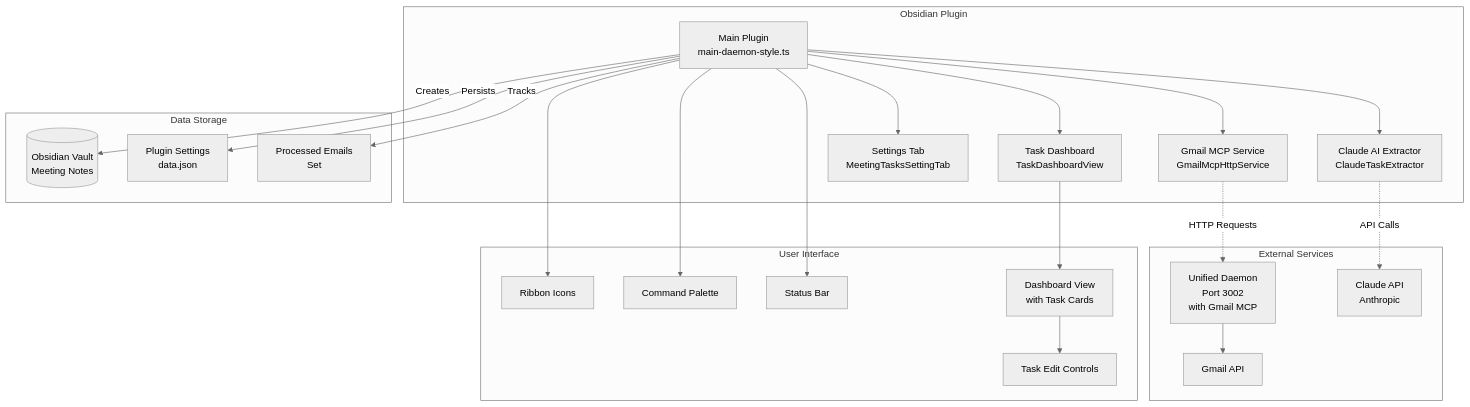
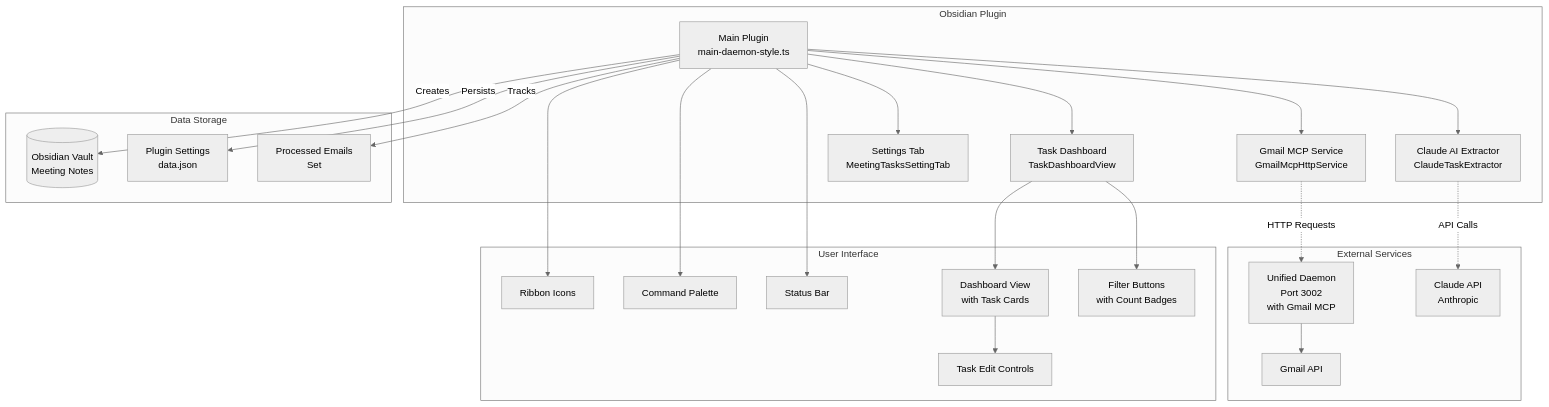
Before and after one commit to jimallen/TasksAgent: the first of 2 diagrams in obsidian-plugin/docs/system-architecture.md, drawn with Mermaid (neutral theme). The commit also changed other lines of this file and 12 other files, not shown here.

First line of the commit message:
feat(obsidian-plugin): add filter button count badges and remove redundant stats cards

````diff
--- a/obsidian-plugin/docs/system-architecture.md
+++ b/obsidian-plugin/docs/system-architecture.md
@@ -9,40 +9,42 @@
 ```mermaid
 graph TB
     subgraph "Obsidian Plugin"
         A[Main Plugin<br/>main-daemon-style.ts] --> B[Gmail MCP Service<br/>GmailMcpHttpService]
         A --> C[Claude AI Extractor<br/>ClaudeTaskExtractor]
         A --> D[Task Dashboard<br/>TaskDashboardView]
         A --> E[Settings Tab<br/>MeetingTasksSettingTab]
     end
     
     subgraph "External Services"
         F[Unified Daemon<br/>Port 3002<br/>with Gmail MCP] --> G[Gmail API]
         H[Claude API<br/>Anthropic]
     end
     
     subgraph "Data Storage"
         I[(Obsidian Vault<br/>Meeting Notes)]
         J[Plugin Settings<br/>data.json]
         K[Processed Emails<br/>Set]
     end
     
     B -.->|HTTP Requests| F
     C -.->|API Calls| H
     A -->|Creates| I
     A -->|Persists| J
     A -->|Tracks| K
     
     subgraph "User Interface"
         L[Ribbon Icons]
         M[Command Palette]
         N[Status Bar]
         O[Dashboard View<br/>with Task Cards]
         P[Task Edit Controls]
+        Q[Filter Buttons<br/>with Count Badges]
     end
     
     A --> L
     A --> M
     A --> N
     D --> O
     O --> P
+    D --> Q
 ```
````
